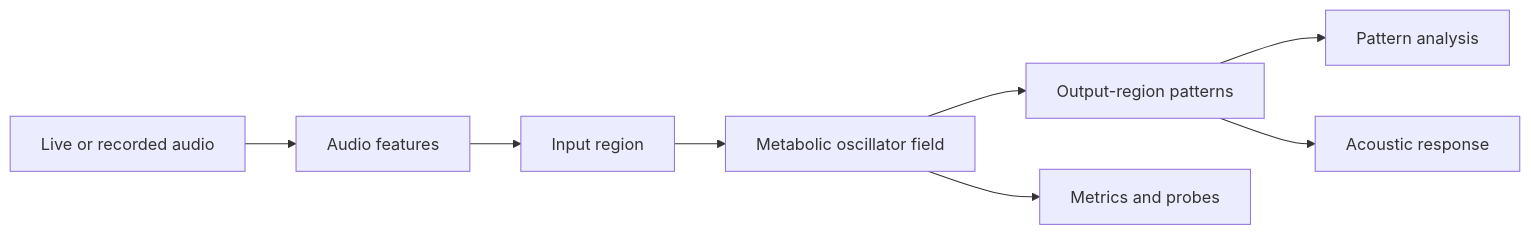
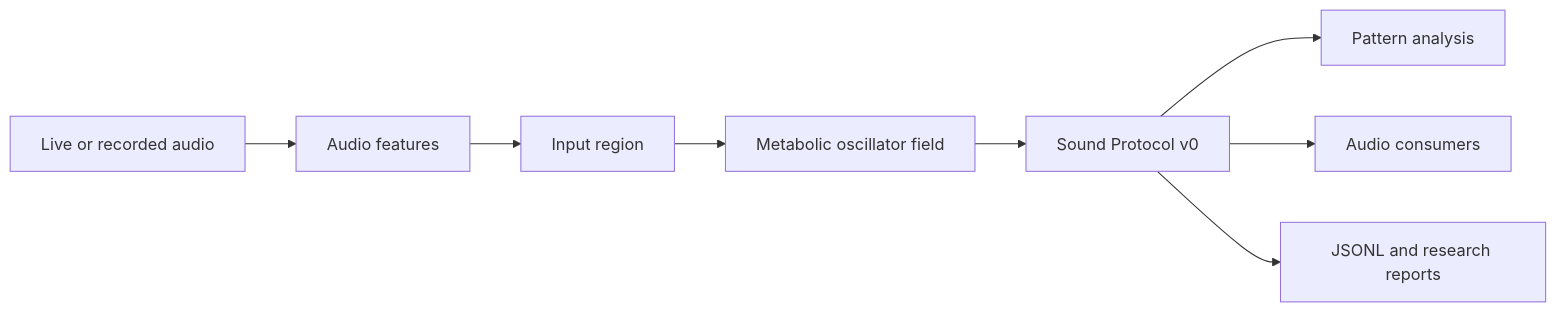
The diagram in README.md (ZapolyarnyDev/neuroacoustic-resonator), drawn with Mermaid before and after one commit. The commit also changed other lines of this file and 10 other files, not shown here.

````diff
--- a/README.md
+++ b/README.md
@@ -27,10 +27,10 @@
 ```mermaid
 flowchart LR
     A[Live or recorded audio] --> B[Audio features]
     B --> C[Input region]
     C --> D[Metabolic oscillator field]
-    D --> E[Output-region patterns]
+    D --> E[Sound Protocol v0]
     E --> F[Pattern analysis]
-    E --> G[Acoustic response]
-    D --> H[Metrics and probes]
+    E --> G[Audio consumers]
+    E --> H[JSONL and research reports]
 ```
````
